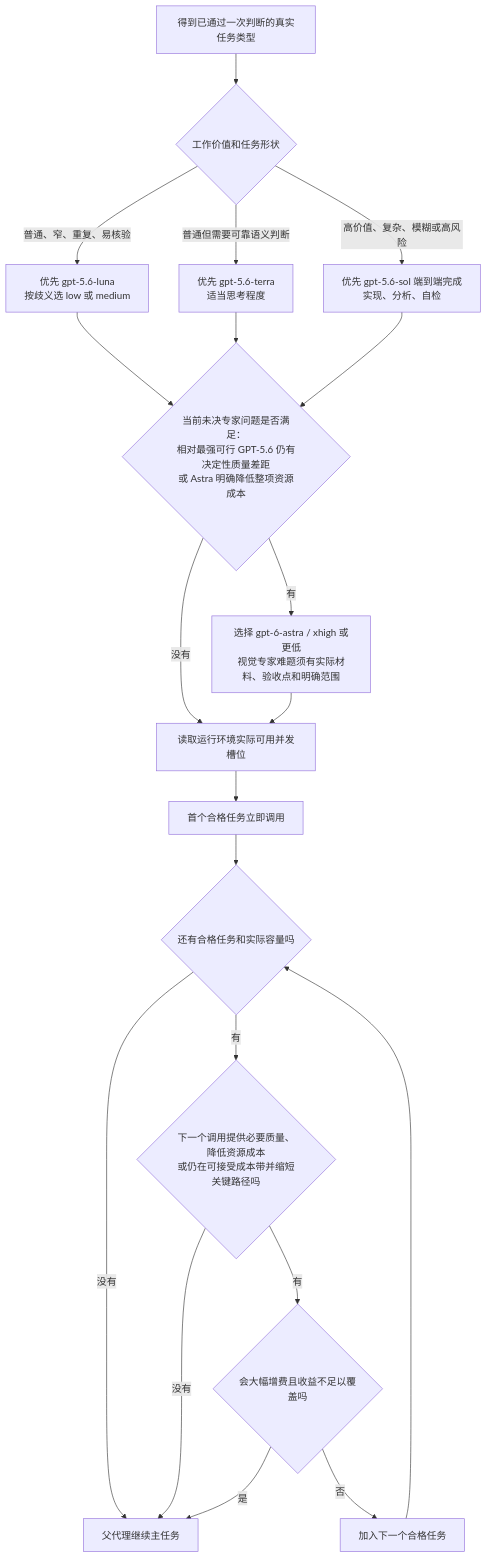
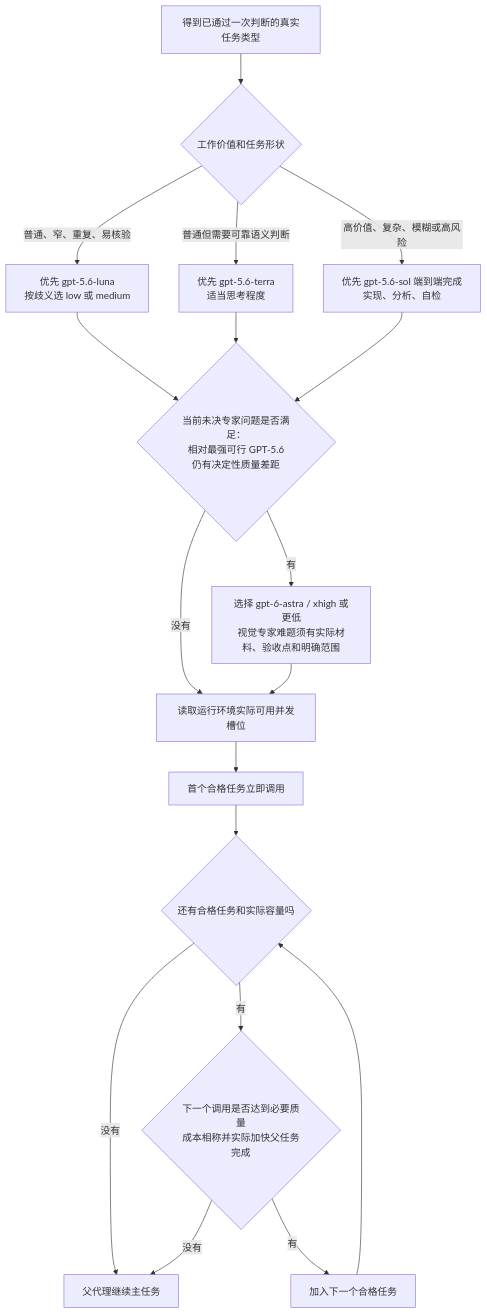
One commit to Lang45/codex-lean-stack changed the third of 13 diagrams in skills/lean-stack/references/flowcharts-zh.md. Above: the diagram before and after it, drawn with Mermaid. The commit also changed other lines of this file and 19 other files, not shown here.

````diff
--- a/skills/lean-stack/references/flowcharts-zh.md
+++ b/skills/lean-stack/references/flowcharts-zh.md
@@ -302,22 +301,20 @@
 ```mermaid
 flowchart TD
     A[得到已通过一次判断的真实任务类型] --> A0{工作价值和任务形状}
     A0 -->|普通、窄、重复、易核验| AL[优先 gpt-5.6-luna<br/>按歧义选 low 或 medium]
     A0 -->|普通但需要可靠语义判断| AT[优先 gpt-5.6-terra<br/>适当思考程度]
     A0 -->|高价值、复杂、模糊或高风险| AS[优先 gpt-5.6-sol 端到端完成<br/>实现、分析、自检]
-    AL --> AH{当前未决专家问题是否满足：<br/>相对最强可行 GPT-5.6 仍有决定性质量差距<br/>或 Astra 明确降低整项资源成本}
+    AL --> AH{当前未决专家问题是否满足：<br/>相对最强可行 GPT-5.6<br/>仍有决定性质量差距}
     AT --> AH
     AS --> AH
     AH -->|没有| B[读取运行环境实际可用并发槽位]
     AH -->|有| AA[选择 gpt-6-astra / xhigh 或更低<br/>视觉专家难题须有实际材料、验收点和明确范围]
     AA --> B
     B --> C[首个合格任务立即调用]
     C --> D{还有合格任务和实际容量吗}
     D -->|没有| E[父代理继续主任务]
-    D -->|有| F{下一个调用提供必要质量、降低资源成本<br/>或仍在可接受成本带并缩短关键路径吗}
+    D -->|有| F{下一个调用是否达到必要质量<br/>成本相称并实际加快父任务完成}
     F -->|没有| E
-    F -->|有| G{会大幅增费且收益不足以覆盖吗}
-    G -->|是| E
-    G -->|否| H[加入下一个合格任务]
+    F -->|有| H[加入下一个合格任务]
     H --> D
 ```
````
